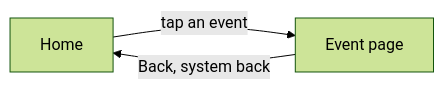
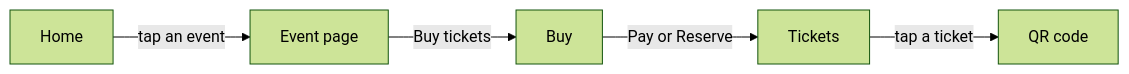
The diagram in aidd_docs/memory/mobile.md (joaocvduarte/homeout), drawn with Mermaid (forest theme) before and after one commit. The commit also changed 10 other files, not shown here.

First line of the commit message:
test(app): cover back paths and recreation for Buy and QR; update memory

````diff
--- a/aidd_docs/memory/mobile.md
+++ b/aidd_docs/memory/mobile.md
@@ -9,5 +9,7 @@
 ```mermaid
 flowchart LR
   Home -->|tap an event| Event[Event page]
-  Event -->|Back, system back| Home
+  Event -->|Buy tickets| Buy
+  Buy -->|Pay or Reserve| Tickets
+  Tickets -->|tap a ticket| QR[QR code]
 ```
````
